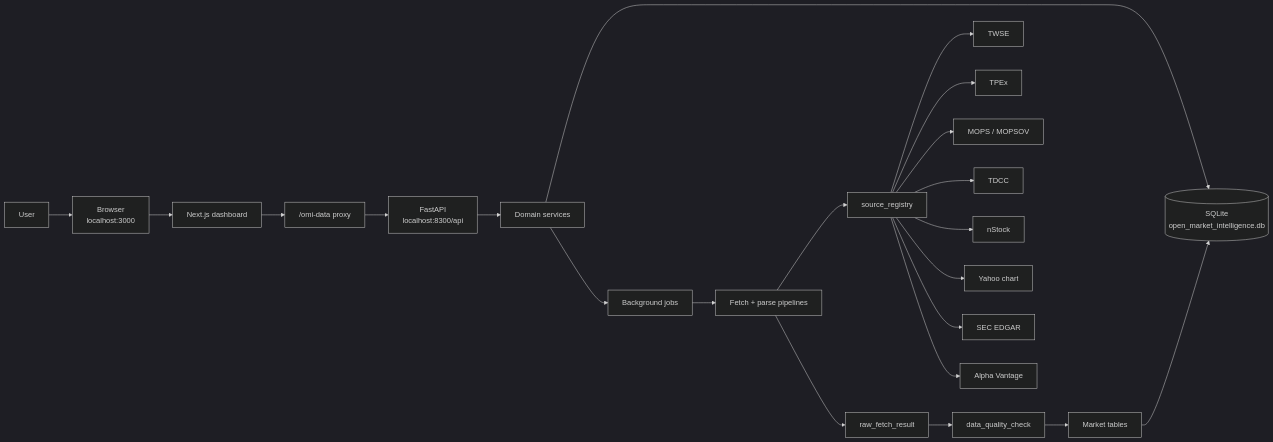
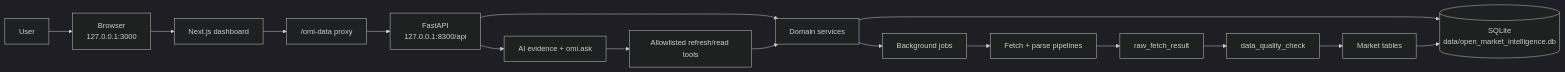
The diagram in README.md (lulu930128/open-market-intelligence), drawn with Mermaid (dark theme) before and after one commit. The commit also changed other lines of this file and 20 other files, not shown here.

Commit message:
Stabilize professional charting and docs

````diff
--- a/README.md
+++ b/README.md
@@ -82,27 +121,21 @@
 ```mermaid
 flowchart LR
-    user["User"] --> browser["Browser<br/>localhost:3000"]
+    user["User"] --> browser["Browser<br/>127.0.0.1:3000"]
     browser --> next["Next.js dashboard"]
     next --> proxy["/omi-data proxy"]
-    proxy --> api["FastAPI<br/>localhost:8300/api"]
+    proxy --> api["FastAPI<br/>127.0.0.1:8300/api"]
 
     api --> services["Domain services"]
-    services --> db[("SQLite<br/>open_market_intelligence.db")]
+    services --> db[("SQLite<br/>data/open_market_intelligence.db")]
     services --> jobs["Background jobs"]
     jobs --> fetch["Fetch + parse pipelines"]
-
-    fetch --> registry["source_registry"]
-    registry --> twse["TWSE"]
-    registry --> tpex["TPEx"]
-    registry --> mops["MOPS / MOPSOV"]
-    registry --> tdcc["TDCC"]
-    registry --> nstock["nStock"]
-    registry --> yahoo["Yahoo chart"]
-    registry --> sec["SEC EDGAR"]
-    registry --> av["Alpha Vantage"]
 
     fetch --> raw["raw_fetch_result"]
     raw --> quality["data_quality_check"]
     quality --> tables["Market tables"]
     tables --> db
+
+    api --> ai["AI evidence + omi.ask"]
+    ai --> tools["Allowlisted refresh/read tools"]
+    tools --> services
 ```
````
